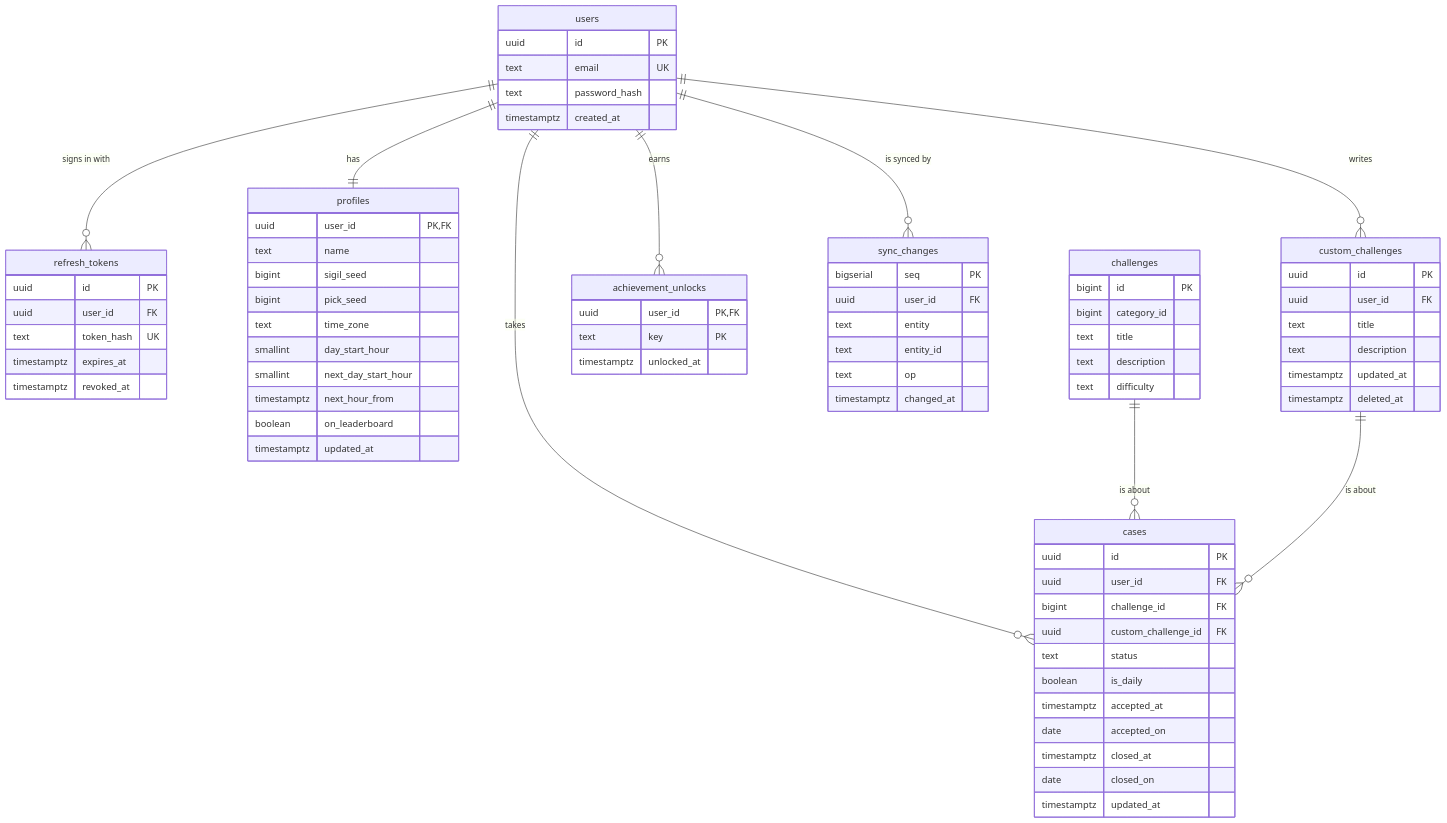
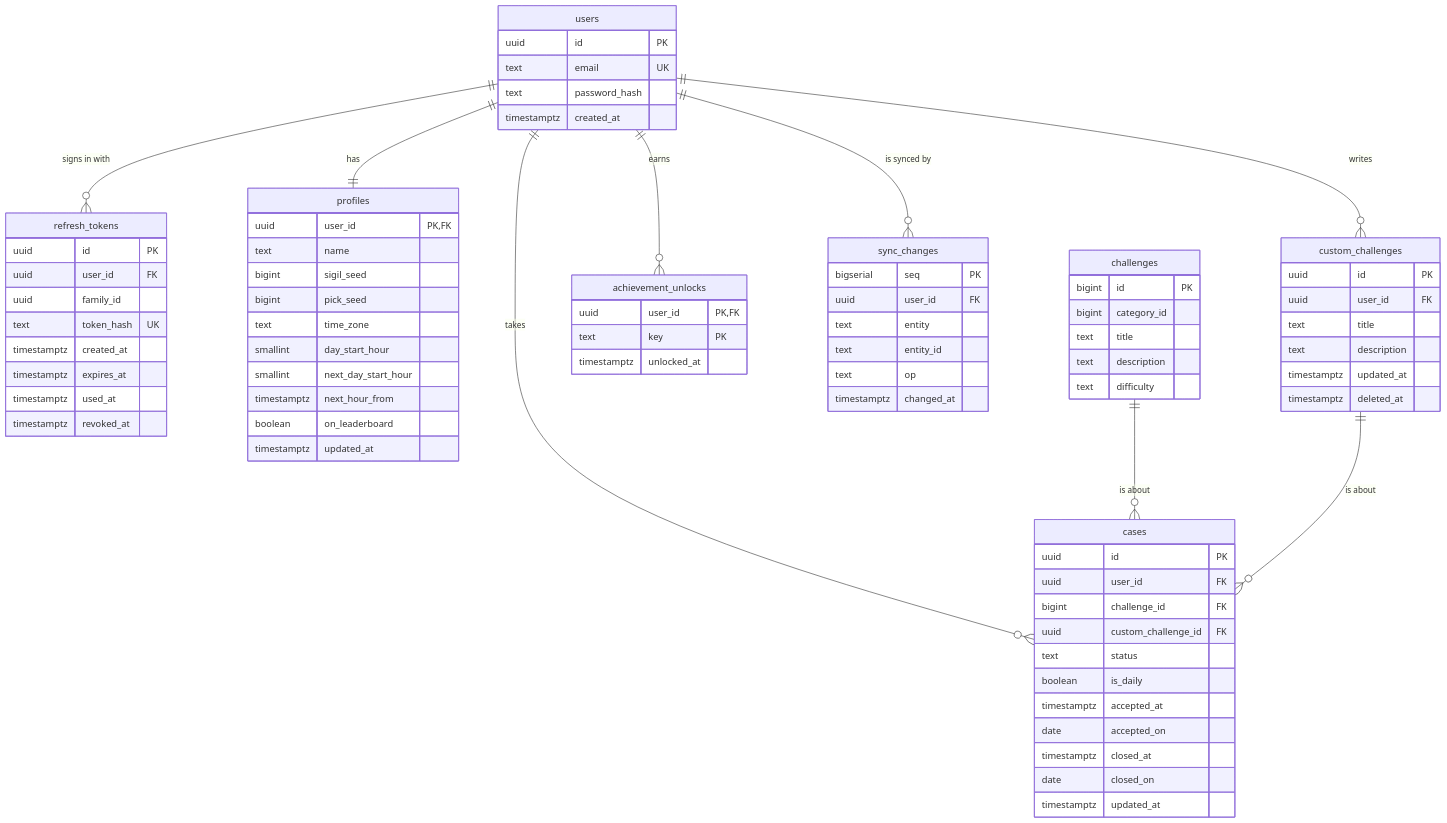
Before and after one commit to An3DCu/Berylux-API: the diagram in docs/erd.md, drawn with Mermaid. The commit also changed 20 other files, not shown here.

````diff
--- a/docs/erd.md
+++ b/docs/erd.md
@@ -5,78 +5,81 @@
 ```mermaid
 erDiagram
     users ||--o{ refresh_tokens : "signs in with"
     users ||--|| profiles : has
     users ||--o{ custom_challenges : writes
     users ||--o{ cases : takes
     users ||--o{ achievement_unlocks : earns
     users ||--o{ sync_changes : "is synced by"
     challenges ||--o{ cases : "is about"
     custom_challenges ||--o{ cases : "is about"
 
     users {
         uuid id PK
         text email UK
         text password_hash
         timestamptz created_at
     }
     refresh_tokens {
         uuid id PK
         uuid user_id FK
+        uuid family_id
         text token_hash UK
+        timestamptz created_at
         timestamptz expires_at
+        timestamptz used_at
         timestamptz revoked_at
     }
     profiles {
         uuid user_id PK, FK
         text name
         bigint sigil_seed
         bigint pick_seed
         text time_zone
         smallint day_start_hour
         smallint next_day_start_hour
         timestamptz next_hour_from
         boolean on_leaderboard
         timestamptz updated_at
     }
     challenges {
         bigint id PK
         bigint category_id
         text title
         text description
         text difficulty
     }
     custom_challenges {
         uuid id PK
         uuid user_id FK
         text title
         text description
         timestamptz updated_at
         timestamptz deleted_at
     }
     cases {
         uuid id PK
         uuid user_id FK
         bigint challenge_id FK
         uuid custom_challenge_id FK
         text status
         boolean is_daily
         timestamptz accepted_at
         date accepted_on
         timestamptz closed_at
         date closed_on
         timestamptz updated_at
     }
     achievement_unlocks {
         uuid user_id PK, FK
         text key PK
         timestamptz unlocked_at
     }
     sync_changes {
         bigserial seq PK
         uuid user_id FK
         text entity
         text entity_id
         text op
         timestamptz changed_at
     }
 ```
````
